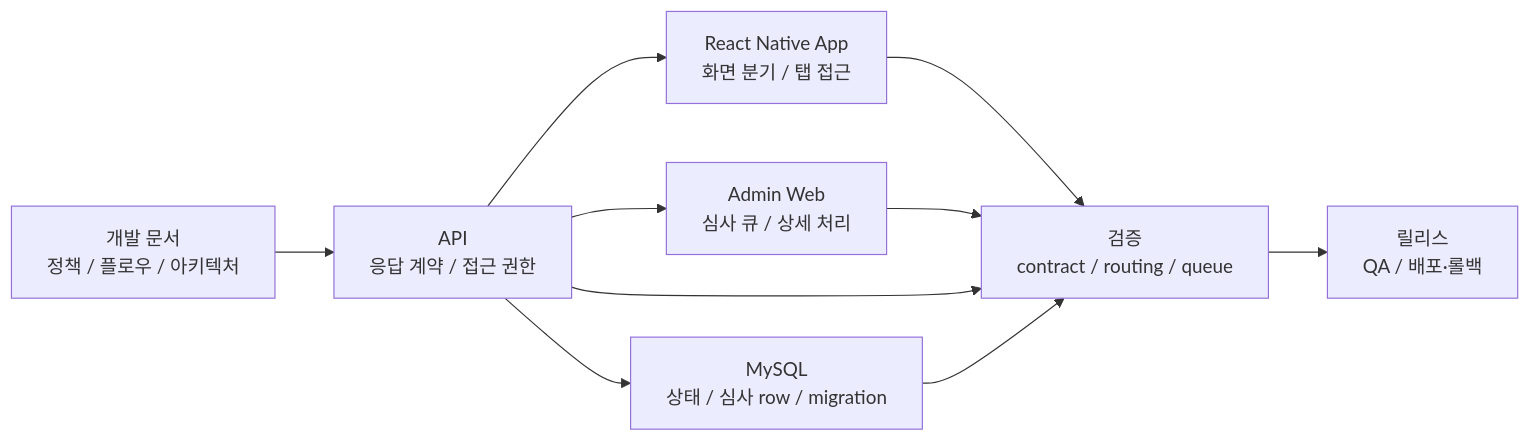
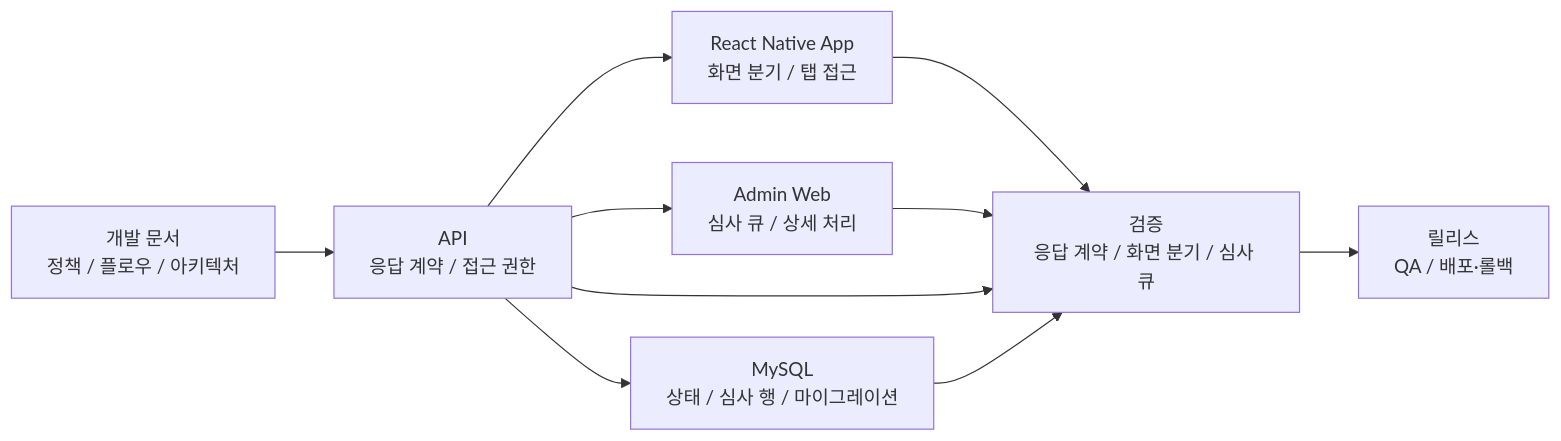
The third of 3 diagrams in docs/projects/coupler.md (zmrdltl/portfolio), drawn with Mermaid before and after one commit. The commit also changed other lines of this file and 12 other files, not shown here.

````diff
--- a/docs/projects/coupler.md
+++ b/docs/projects/coupler.md
@@ -37,20 +61,20 @@
 ```mermaid
 flowchart LR
   docs["개발 문서\n정책 / 플로우 / 아키텍처"]
   api["API\n응답 계약 / 접근 권한"]
   app["React Native App\n화면 분기 / 탭 접근"]
   admin["Admin Web\n심사 큐 / 상세 처리"]
-  db["MySQL\n상태 / 심사 row / migration"]
-  tests["검증\ncontract / routing / queue"]
+  db["MySQL\n상태 / 심사 행 / 마이그레이션"]
+  tests["검증\n응답 계약 / 화면 분기 / 심사 큐"]
   release["릴리스\nQA / 배포·롤백"]
 
   docs --> api
   api --> app
   api --> admin
   api --> db
   app --> tests
   admin --> tests
   api --> tests
   db --> tests
   tests --> release
 ```
````
